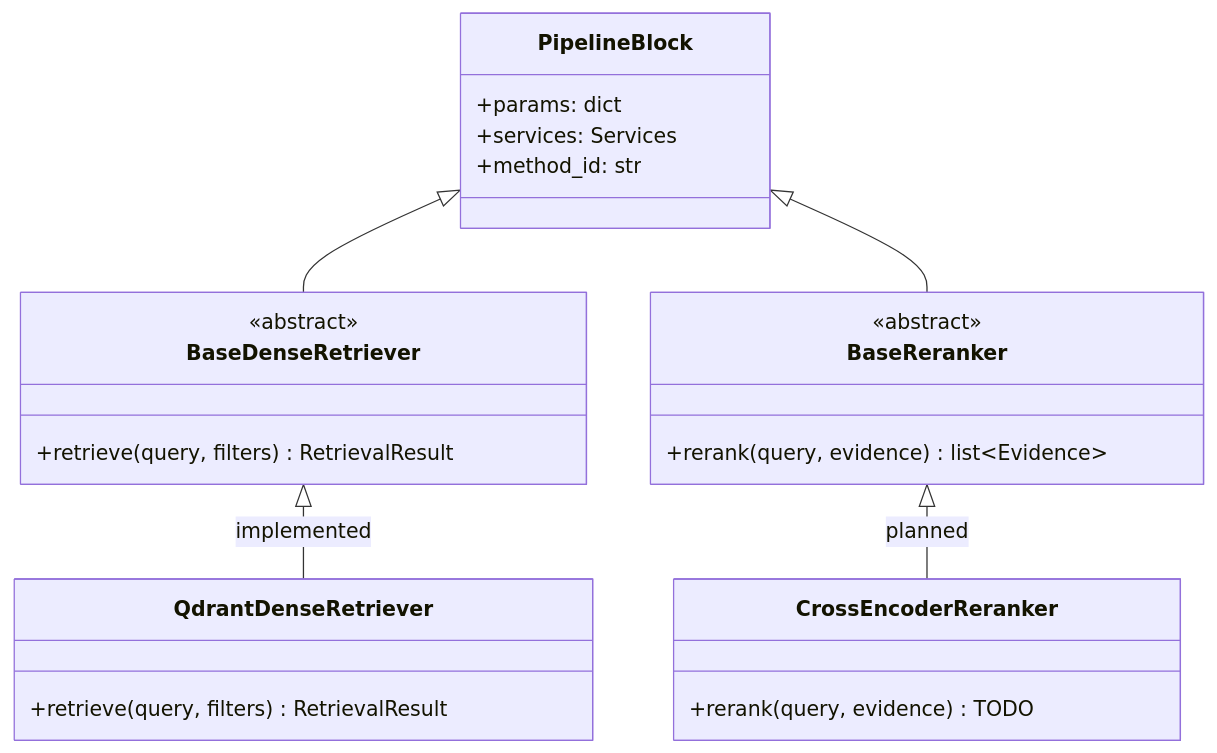
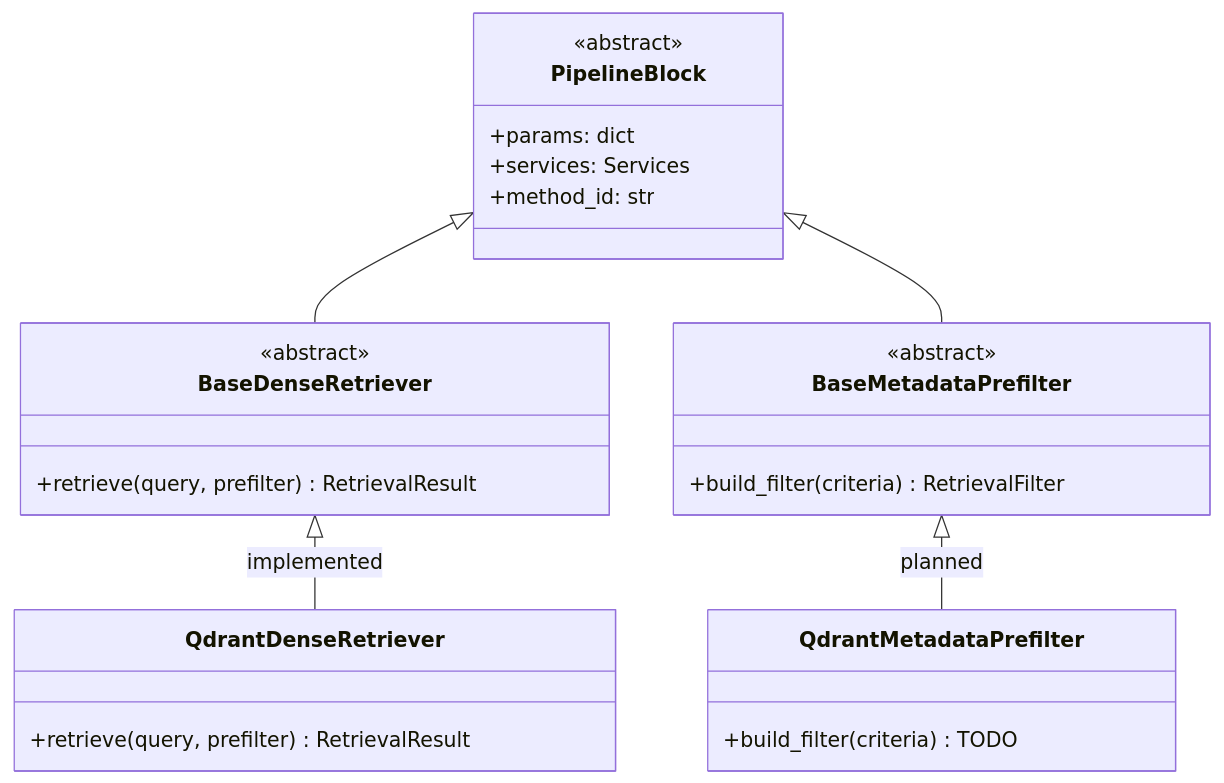
The diagram in docs/03_ABSTRACT_CLASSES.md (Jackson2706/RAG-Project-G5-HYU-E), drawn with Mermaid before and after one commit. The commit also changed other lines of this file and 109 other files, not shown here.

````diff
--- a/docs/03_ABSTRACT_CLASSES.md
+++ b/docs/03_ABSTRACT_CLASSES.md
@@ -77,26 +125,27 @@
 ```mermaid
 classDiagram
     class PipelineBlock {
+        <<abstract>>
         +params: dict
         +services: Services
         +method_id: str
     }
     class BaseDenseRetriever {
         <<abstract>>
-        +retrieve(query, filters) RetrievalResult
+        +retrieve(query, prefilter) RetrievalResult
     }
     class QdrantDenseRetriever {
-        +retrieve(query, filters) RetrievalResult
+        +retrieve(query, prefilter) RetrievalResult
     }
-    class BaseReranker {
+    class BaseMetadataPrefilter {
         <<abstract>>
-        +rerank(query, evidence) list~Evidence~
+        +build_filter(criteria) RetrievalFilter
     }
-    class CrossEncoderReranker {
-        +rerank(query, evidence)  TODO
+    class QdrantMetadataPrefilter {
+        +build_filter(criteria)  TODO
     }
     PipelineBlock <|-- BaseDenseRetriever
-    PipelineBlock <|-- BaseReranker
+    PipelineBlock <|-- BaseMetadataPrefilter
     BaseDenseRetriever <|-- QdrantDenseRetriever : implemented
-    BaseReranker <|-- CrossEncoderReranker : planned
+    BaseMetadataPrefilter <|-- QdrantMetadataPrefilter : planned
 ```
````
